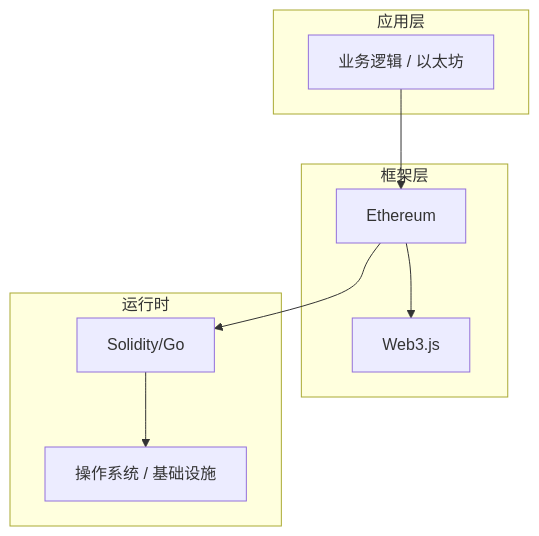
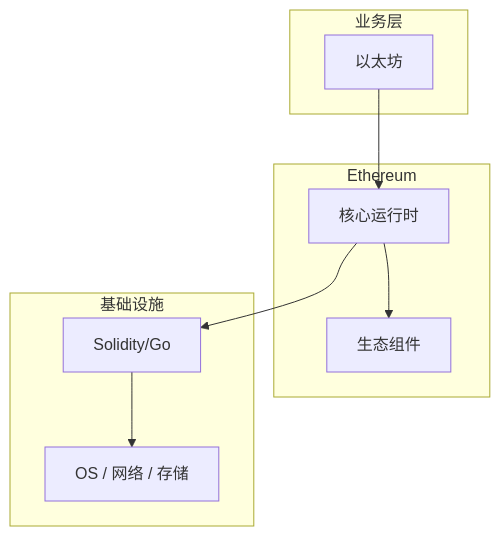
The diagram in articles/区块链/chapters/036-以太坊核心概念与原理.md (yanggan2015/knowledge-json-v2), drawn with Mermaid before and after one commit. The commit also changed other lines of this file and 10127 other files, not shown here.

````diff
--- a/articles/区块链/chapters/036-以太坊核心概念与原理.md
+++ b/articles/区块链/chapters/036-以太坊核心概念与原理.md
@@ -45,18 +30,18 @@
 ```mermaid
 graph TB
-    subgraph 应用层
-        A[业务逻辑 / 以太坊]
+    subgraph 业务层
+        A[以太坊]
     end
-    subgraph 框架层
-        B[Ethereum]
-        C[Web3.js]
+    subgraph Ethereum
+        B[核心运行时]
+        C[生态组件]
     end
-    subgraph 运行时
+    subgraph 基础设施
         D[Solidity/Go]
-        E[操作系统 / 基础设施]
+        E[OS / 网络 / 存储]
     end
     A --> B
     B --> C
     B --> D
     D --> E
 ```
````
